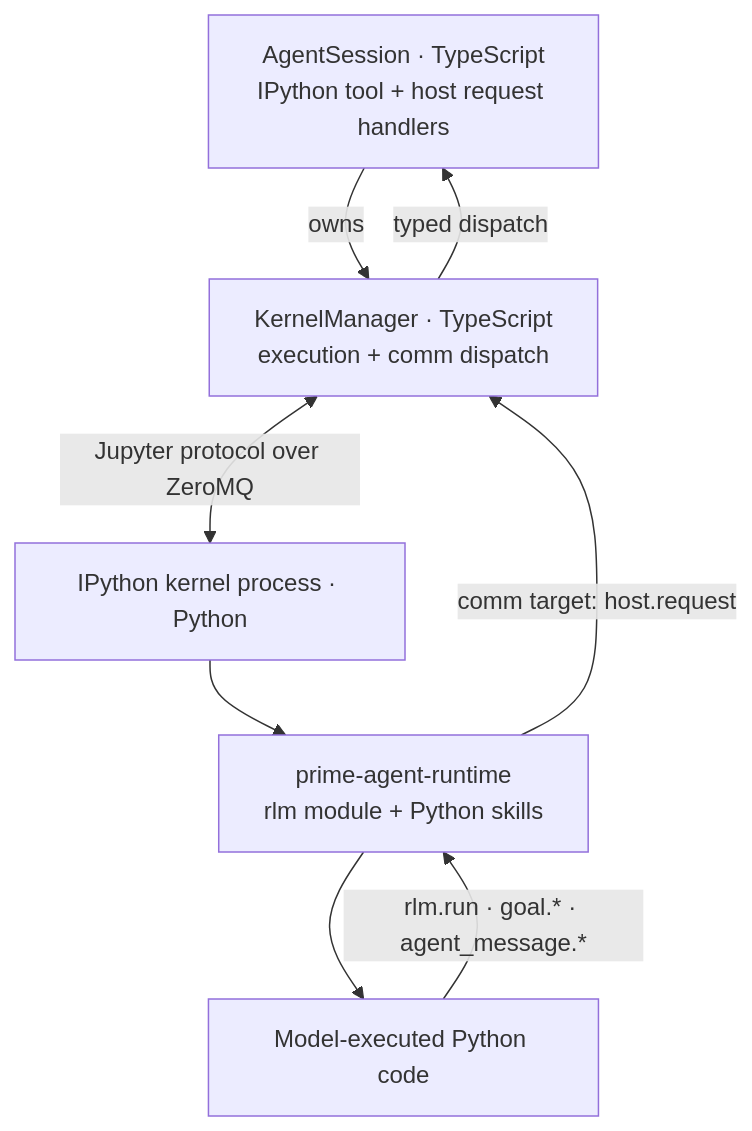
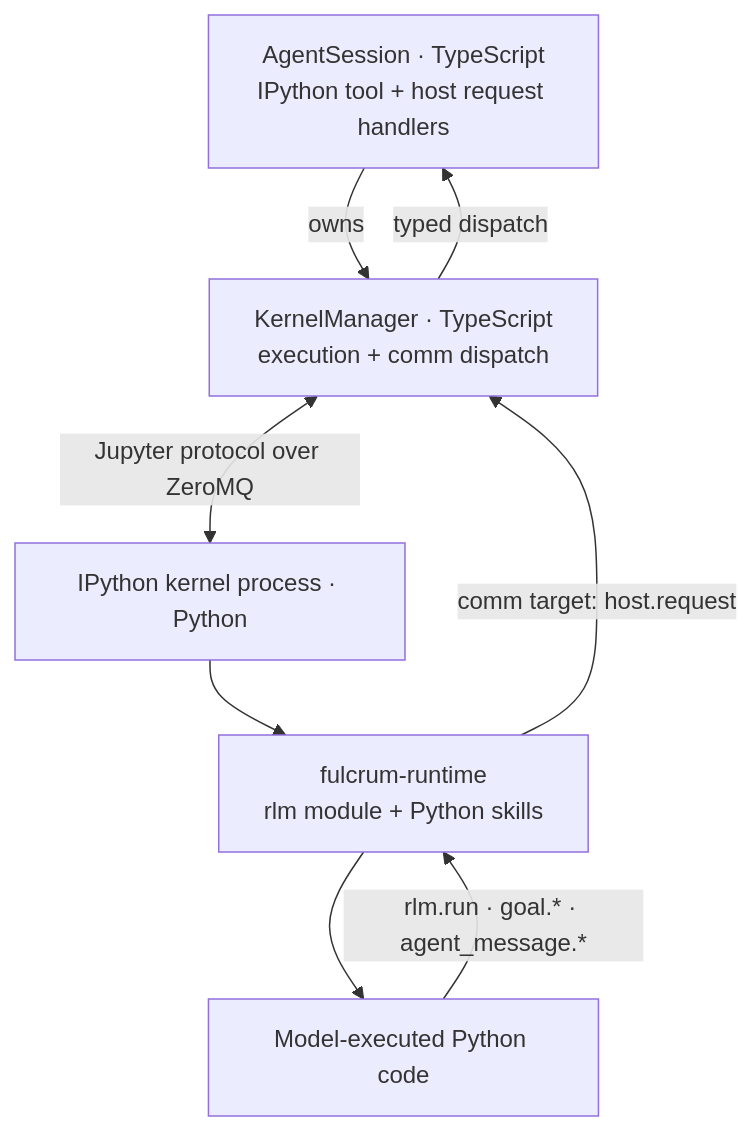
The first of 2 diagrams in packages/coding-agent/docs/rlm-runtime.md (0oAstro/fulcrum), drawn with Mermaid before and after one commit. The commit also changed other lines of this file and 391 other files, not shown here.

Commit message:
Rename Prime Agent to Fulcrum and add release updates

````diff
--- a/packages/coding-agent/docs/rlm-runtime.md
+++ b/packages/coding-agent/docs/rlm-runtime.md
@@ -7,15 +7,15 @@
 ```mermaid
 flowchart TD
     session["AgentSession · TypeScript<br/>IPython tool + host request handlers"]
     manager["KernelManager · TypeScript<br/>execution + comm dispatch"]
     kernel["IPython kernel process · Python"]
-    runtime["prime-agent-runtime<br/>rlm module + Python skills"]
+    runtime["fulcrum-runtime<br/>rlm module + Python skills"]
     code["Model-executed Python code"]
 
     session -->|"owns"| manager
     manager <-->|"Jupyter protocol over ZeroMQ"| kernel
     kernel --> runtime --> code
     code -->|"rlm.run · goal.* · agent_message.*"| runtime
     runtime -->|"comm target: host.request"| manager
     manager -->|"typed dispatch"| session
 ```
````
